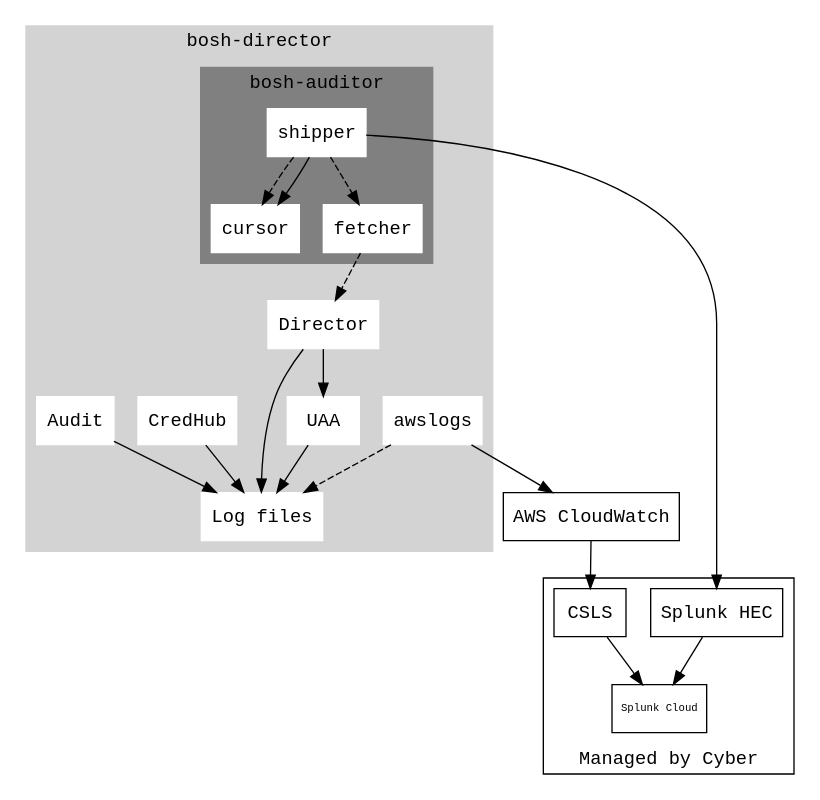
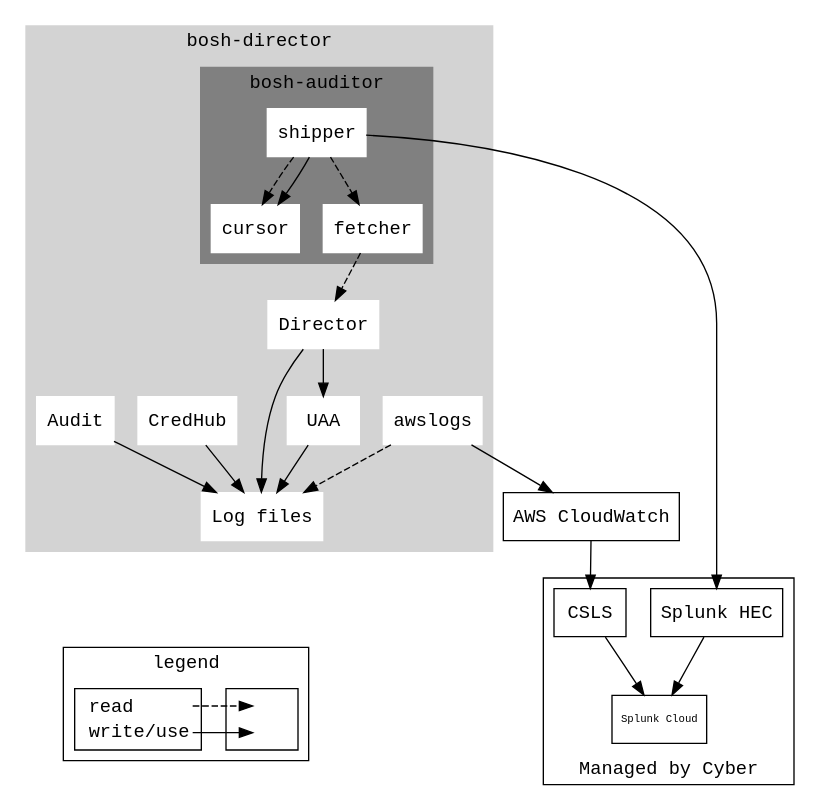
Before and after one commit to alphagov/paas-team-manual: the diagram in source/diagrams/audit-bosh.dot, drawn with Graphviz. The commit also changed 7 other files, not shown here.

Commit message:
Add legend to audit-[bosh|cloudfoundry] diagrams

```diff
--- a/source/diagrams/audit-bosh.dot
+++ b/source/diagrams/audit-bosh.dot
@@ -1,65 +1,82 @@
 digraph G {
-  node [shape=rect, fontname="monospace"];
+  node [pin=true, shape=rect, fontname="monospace"];
   graph [fontname="monospace"];
 
   subgraph cluster_1 {
     style=filled;
     color=lightgrey;
     node [style=filled,color=white];
     label = "bosh-director";
 
     uaa [label="UAA"];
     credhub [label="CredHub"];
     director [label="Director"];
 
     log_files [label="Log files"];
     audit [label="Audit"];
 
     awslogs;
 
     subgraph cluster_2 {
         style=filled;
         color=grey;
         node [style=filled,color=white];
         label = "bosh-auditor";
 
         cursor;
         fetcher;
         shipper;
 
         shipper -> fetcher [style="dashed"];
         shipper -> cursor [style="dashed"];
         shipper -> cursor;
     }
   }
 
   subgraph cluster_3 {
     label = "Managed by Cyber";
     labelloc=b;
     hec;
     csls;
     splunk
   }
 
+  subgraph cluster_5 {
+    label = "legend";
+    labelloc=tl;
+    key2 [label=<<table border="0" cellpadding="2" cellspacing="0" cellborder="0">
+      <tr><td port="i1">&nbsp;</td></tr>
+      <tr><td port="i2">&nbsp;</td></tr>
+      </table>>]
+    key [label=<<table border="0" cellpadding="2" cellspacing="0" cellborder="0">
+      <tr><td align="left" port="i1">read</td></tr>
+      <tr><td align="left" port="i2">write/use</td></tr>
+      </table>>]
+    key:i1:e -> key2:i1:w [ordering=out,constraint=false,style=dashed]
+    key:i2:e -> key2:i2:w [ordering=out,constraint=false]
+  }
+
   splunk [label="Splunk Cloud", fontsize=8];
   csls [label="CSLS"];
   hec [label="Splunk HEC"];
   cloudwatch [label="AWS CloudWatch"];
 
   fetcher -> director [style="dashed"];
   director -> uaa;
 
   credhub -> log_files;
   uaa -> log_files;
   director -> log_files;
   audit -> log_files;
 
   shipper -> hec;
 
   awslogs -> log_files [style="dashed"];
   awslogs -> cloudwatch;
   cloudwatch -> csls;
 
   hec -> splunk;
   csls -> splunk;
+
+  log_files -> key2 [style="invis",minlen="2"];
 }
```
